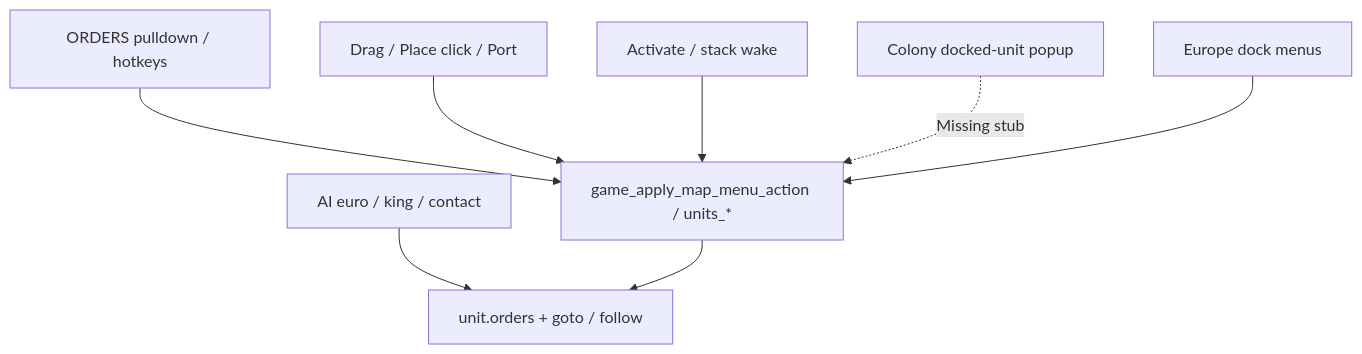
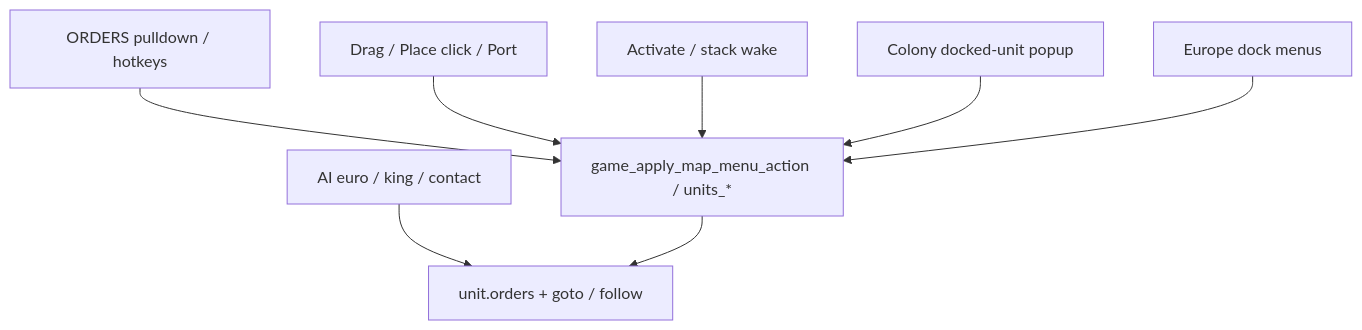
One commit to AbuDhabi/linux-colonize changed the first of 2 diagrams in docs/unit_orders.md. Above: the diagram before and after it, drawn with Mermaid. The commit also changed other lines of this file and 5 other files, not shown here.

````diff
--- a/docs/unit_orders.md
+++ b/docs/unit_orders.md
@@ -60,19 +60,19 @@
 ```mermaid
 flowchart TD
   Menu["ORDERS pulldown / hotkeys"]
   Mouse["Drag / Place click / Port"]
   Stack["Activate / stack wake"]
   AI["AI euro / king / contact"]
   ColonyDock["Colony docked-unit popup"]
   EuropeDock["Europe dock menus"]
   Apply["game_apply_map_menu_action / units_*"]
   Byte["unit.orders + goto / follow"]
 
   Menu --> Apply
   Mouse --> Apply
   Stack --> Apply
   AI --> Byte
-  ColonyDock -.->|"Missing stub"| Apply
+  ColonyDock --> Apply
   EuropeDock --> Apply
   Apply --> Byte
 ```
````
